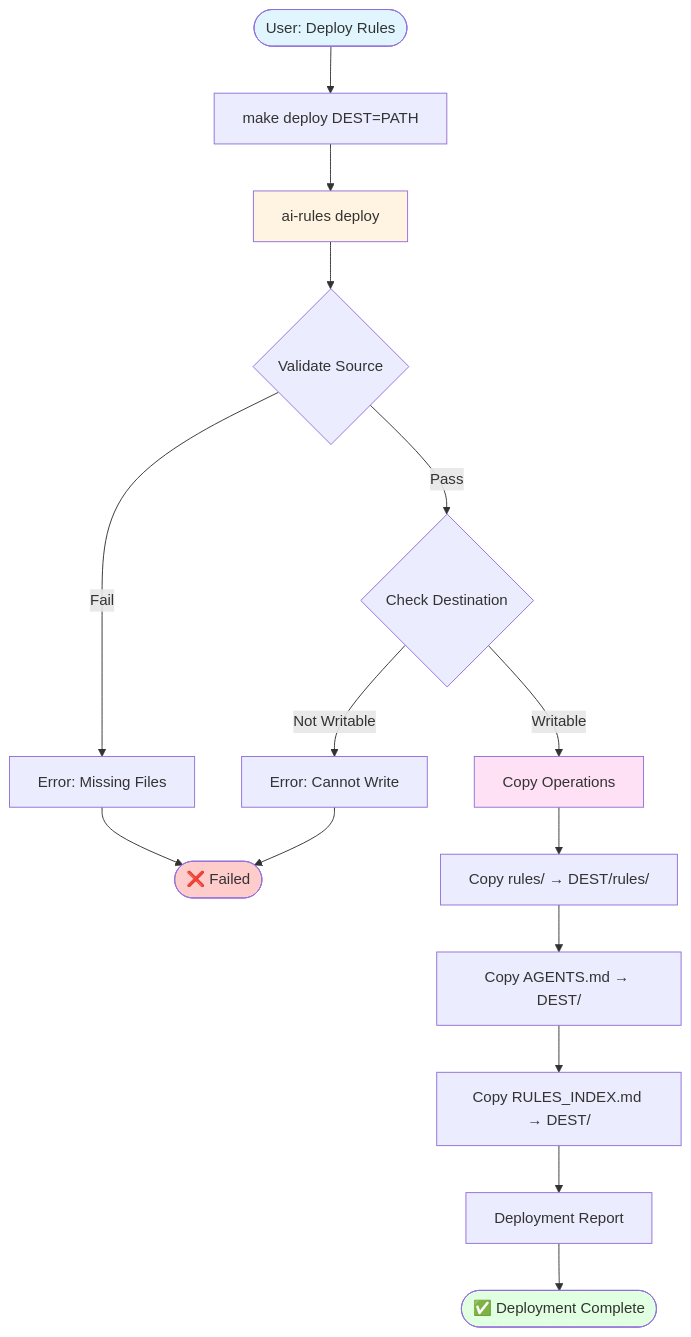
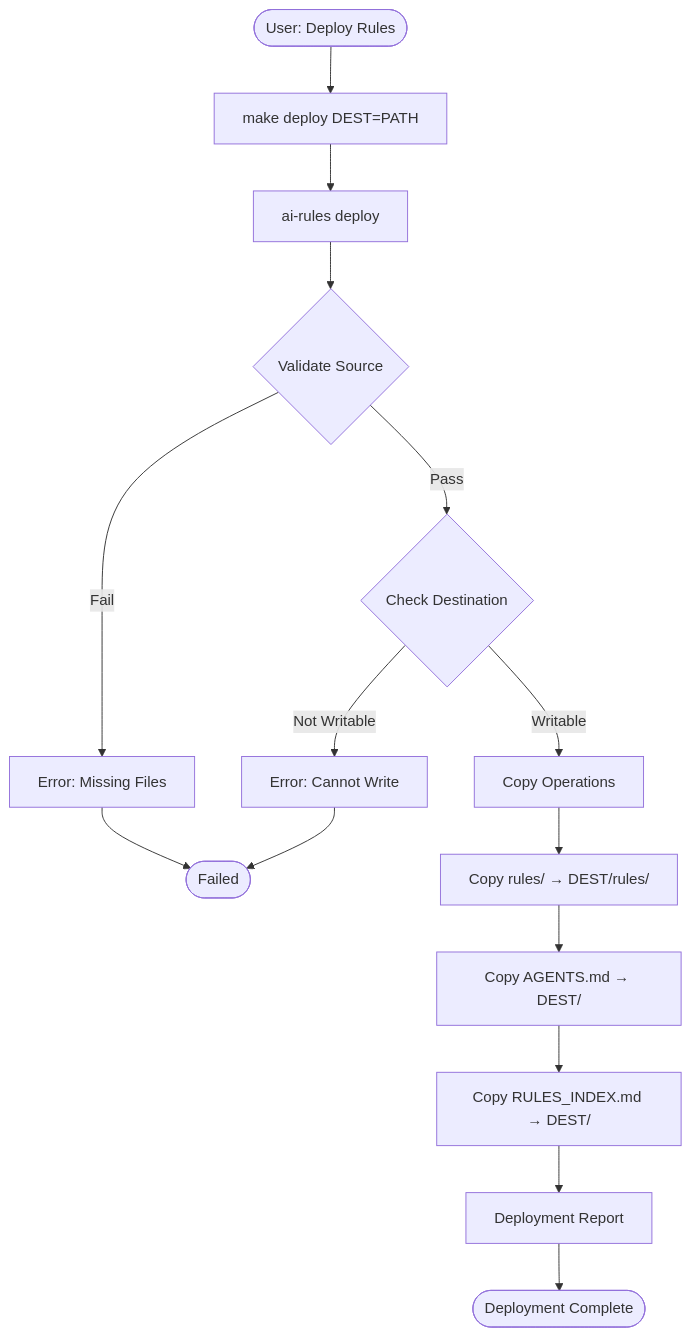
The second of 2 diagrams in docs/ARCHITECTURE.md (sfc-gh-myoung/ai_coding_rules), drawn with Mermaid before and after one commit. The commit also changed other lines of this file and 143 other files, not shown here.

````diff
--- a/docs/ARCHITECTURE.md
+++ b/docs/ARCHITECTURE.md
@@ -1713,24 +392,18 @@
 ```mermaid
 flowchart TD
     Start([User: Deploy Rules]) --> Command
     Command[make deploy DEST=PATH] --> Deployer
     Deployer[ai-rules deploy] --> Validate{Validate Source}
     Validate -->|Fail| Error[Error: Missing Files]
     Validate -->|Pass| CheckDest{Check Destination}
     CheckDest -->|Not Writable| Error2[Error: Cannot Write]
     CheckDest -->|Writable| Copy
     Copy[Copy Operations] --> CopyRules[Copy rules/ → DEST/rules/]
     CopyRules --> CopyAgents[Copy AGENTS.md → DEST/]
     CopyAgents --> CopyIndex[Copy RULES_INDEX.md → DEST/]
     CopyIndex --> Report[Deployment Report]
-    Report --> Success([✅ Deployment Complete])
-    
-    Error --> End([❌ Failed])
+    Report --> Success([Deployment Complete])
+
+    Error --> End([Failed])
     Error2 --> End
-    
-    style Start fill:#e1f5ff
-    style Deployer fill:#fff4e1
-    style Copy fill:#ffe1f5
-    style Success fill:#e1ffe1
-    style End fill:#ffcccc
 ```
````
